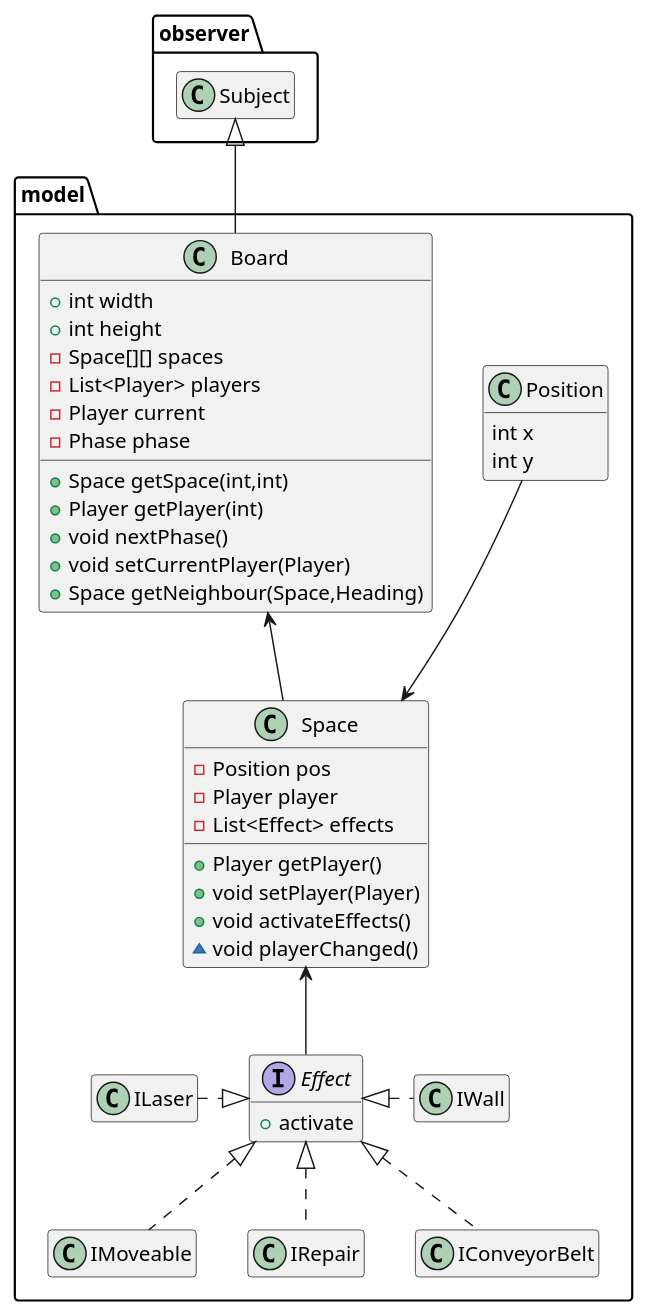
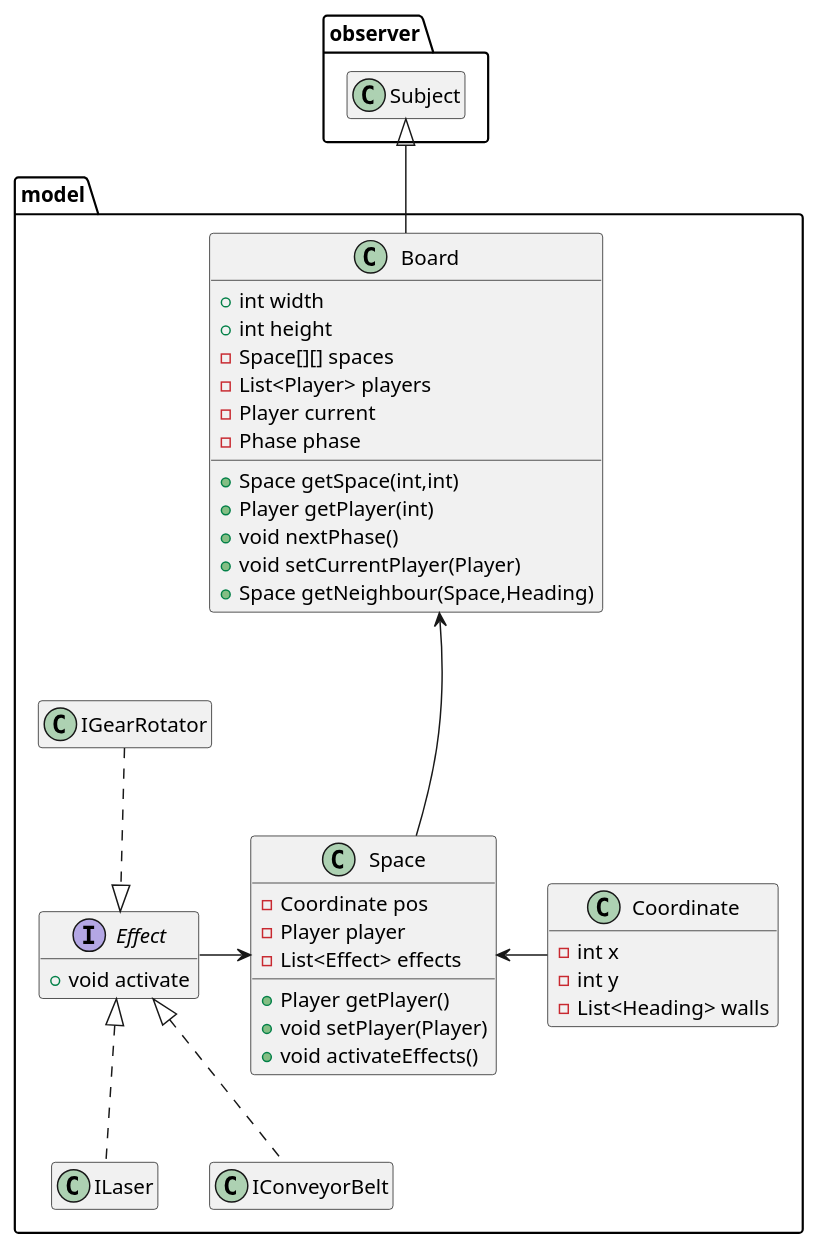
One commit to xdTobs/_18_roborally changed the diagram in documentation/class-diagrams/altBoard.puml. Above: the diagram before and after it, drawn with PlantUML.

Commit message:
interface solution

```diff
--- a/documentation/class-diagrams/altBoard.puml
+++ b/documentation/class-diagrams/altBoard.puml
@@ -1,59 +1,59 @@
 @startuml
 hide empty members
 
 package model {
 	interface Effect {
-		+ activate
+		+ void activate
 	}
-	class Position {
-		int x
-		int y
+	class Coordinate {
+		- int x
+		- int y
+		- List<Heading> walls
 	}
 
 	class Board {
 	+ int width
 	+ int height
 	- Space[][] spaces
 	- List<Player> players
 	- Player current
 	- Phase phase
 	+ Space getSpace(int,int)
 	+ Player getPlayer(int)
 	+ void nextPhase()
 	+ void setCurrentPlayer(Player)
 	+ Space getNeighbour(Space,Heading)
 	}
 
 	class Space {
-	- Position pos
+	- Coordinate pos
 	- Player player
 	- List<Effect> effects
 	+ Player getPlayer()
 	+ void setPlayer(Player)
 	+ void activateEffects()
-	~ void playerChanged()
 	}
 	
-	class IMoveable{
-	}
 	class ILaser{
-	}
-	class IRepair{
-	}
-	class IWall{
 	}
 	class IConveyorBelt{
 	}
+	class IGearRotator{
+	}
 }
-Space <-up- Position
-Space <-- Effect
+class model.Dummy{
 
-Effect <|.. IMoveable 
-Effect <|.left. ILaser 
-Effect <|.. IRepair 
-Effect <|.right. IWall 
+}
+hide model.Dummy 
+Board <-down[hidden]- model.Dummy
+model.Dummy <-down[hidden]- Space
+Space <-right- Coordinate
+Space <-left- Effect
+
+Effect <|.. ILaser 
+Effect <|.up. IGearRotator 
 Effect <|.. IConveyorBelt 
 Board <-- Space 
 observer.Subject <|-- Board
 
 @enduml
```
